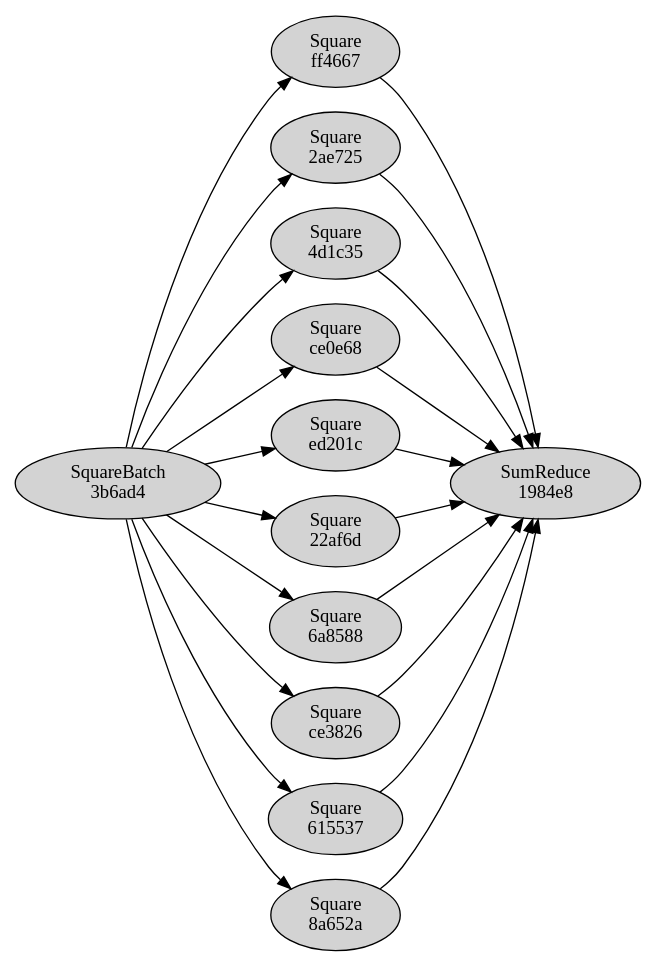
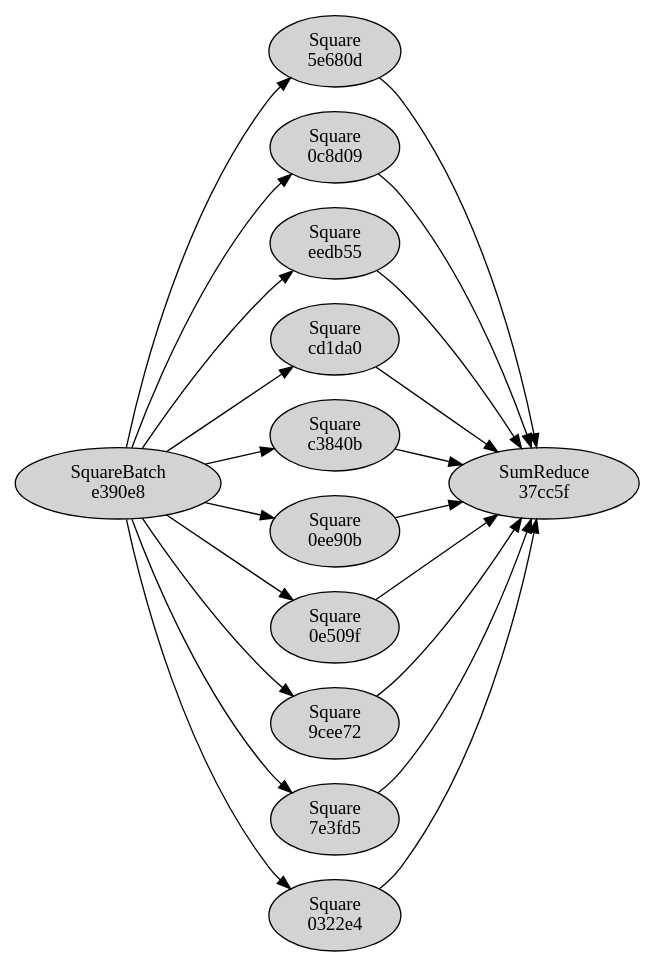
One commit to masonbsmith2019-dev/latch-bio-dynamic-workflow-engine changed the diagram in outputs/plan.dot. Above: the diagram before and after it, drawn with Graphviz. The commit also changed 7 other files, not shown here.

```diff
--- a/outputs/plan.dot
+++ b/outputs/plan.dot
@@ -1,35 +1,35 @@
 digraph G {
 rankdir=LR;
-  "3b6ad4bc-5779-49f5-8a86-31cd0b07e6f5" [label="SquareBatch\n3b6ad4", style=filled];
-  "ff466769-2cf5-44b8-80f8-9eeed3a9bdf7" [label="Square\nff4667", style=filled];
-  "2ae725cd-255b-486c-9c94-62d811c3739b" [label="Square\n2ae725", style=filled];
-  "4d1c3589-4bed-4eb4-8338-4fd5e5266fb7" [label="Square\n4d1c35", style=filled];
-  "ce0e6885-9a73-44d2-a7a7-9fd0b0b254cc" [label="Square\nce0e68", style=filled];
-  "ed201c71-1d3c-4d3f-b02d-c0cb2a604fe2" [label="Square\ned201c", style=filled];
-  "22af6d63-2226-4614-b0ad-d2fb9d4aeedf" [label="Square\n22af6d", style=filled];
-  "6a858817-65e8-4586-9bfb-494e9a19deb4" [label="Square\n6a8588", style=filled];
-  "ce382616-5bbf-46a4-9856-8d1f51e7b7c6" [label="Square\nce3826", style=filled];
-  "6155377f-78fc-46ba-b71f-9bc17c008ffe" [label="Square\n615537", style=filled];
-  "8a652a25-8a18-4942-9d93-d9345bd85894" [label="Square\n8a652a", style=filled];
-  "1984e88b-b844-4adb-b0e6-4931daa11d7a" [label="SumReduce\n1984e8", style=filled];
-  "ce0e6885-9a73-44d2-a7a7-9fd0b0b254cc" -> "1984e88b-b844-4adb-b0e6-4931daa11d7a";
-  "8a652a25-8a18-4942-9d93-d9345bd85894" -> "1984e88b-b844-4adb-b0e6-4931daa11d7a";
-  "3b6ad4bc-5779-49f5-8a86-31cd0b07e6f5" -> "2ae725cd-255b-486c-9c94-62d811c3739b";
-  "3b6ad4bc-5779-49f5-8a86-31cd0b07e6f5" -> "ce0e6885-9a73-44d2-a7a7-9fd0b0b254cc";
-  "6155377f-78fc-46ba-b71f-9bc17c008ffe" -> "1984e88b-b844-4adb-b0e6-4931daa11d7a";
-  "4d1c3589-4bed-4eb4-8338-4fd5e5266fb7" -> "1984e88b-b844-4adb-b0e6-4931daa11d7a";
-  "ed201c71-1d3c-4d3f-b02d-c0cb2a604fe2" -> "1984e88b-b844-4adb-b0e6-4931daa11d7a";
-  "3b6ad4bc-5779-49f5-8a86-31cd0b07e6f5" -> "22af6d63-2226-4614-b0ad-d2fb9d4aeedf";
-  "3b6ad4bc-5779-49f5-8a86-31cd0b07e6f5" -> "ff466769-2cf5-44b8-80f8-9eeed3a9bdf7";
-  "ff466769-2cf5-44b8-80f8-9eeed3a9bdf7" -> "1984e88b-b844-4adb-b0e6-4931daa11d7a";
-  "3b6ad4bc-5779-49f5-8a86-31cd0b07e6f5" -> "6155377f-78fc-46ba-b71f-9bc17c008ffe";
-  "3b6ad4bc-5779-49f5-8a86-31cd0b07e6f5" -> "ed201c71-1d3c-4d3f-b02d-c0cb2a604fe2";
-  "3b6ad4bc-5779-49f5-8a86-31cd0b07e6f5" -> "6a858817-65e8-4586-9bfb-494e9a19deb4";
-  "22af6d63-2226-4614-b0ad-d2fb9d4aeedf" -> "1984e88b-b844-4adb-b0e6-4931daa11d7a";
-  "ce382616-5bbf-46a4-9856-8d1f51e7b7c6" -> "1984e88b-b844-4adb-b0e6-4931daa11d7a";
-  "3b6ad4bc-5779-49f5-8a86-31cd0b07e6f5" -> "8a652a25-8a18-4942-9d93-d9345bd85894";
-  "2ae725cd-255b-486c-9c94-62d811c3739b" -> "1984e88b-b844-4adb-b0e6-4931daa11d7a";
-  "3b6ad4bc-5779-49f5-8a86-31cd0b07e6f5" -> "ce382616-5bbf-46a4-9856-8d1f51e7b7c6";
-  "3b6ad4bc-5779-49f5-8a86-31cd0b07e6f5" -> "4d1c3589-4bed-4eb4-8338-4fd5e5266fb7";
-  "6a858817-65e8-4586-9bfb-494e9a19deb4" -> "1984e88b-b844-4adb-b0e6-4931daa11d7a";
+  "e390e81b-19b7-4aae-89cf-b24434ec9011" [label="SquareBatch\ne390e8", style=filled];
+  "5e680d83-a3ee-42df-a4ca-f78ce1257286" [label="Square\n5e680d", style=filled];
+  "0c8d09d1-196e-47a0-9df4-5c52105c4c84" [label="Square\n0c8d09", style=filled];
+  "eedb55ad-0162-4043-a338-8ce764187195" [label="Square\needb55", style=filled];
+  "cd1da0e5-8b60-4a25-ba8d-af9b2608d691" [label="Square\ncd1da0", style=filled];
+  "c3840b66-e06f-4ab6-a7d0-64c074e14d76" [label="Square\nc3840b", style=filled];
+  "0ee90b2e-f839-4f55-8d88-18cab4284911" [label="Square\n0ee90b", style=filled];
+  "0e509f92-767b-4cf5-9816-a63c95fafe0a" [label="Square\n0e509f", style=filled];
+  "9cee7272-5008-4b42-bbfa-c8f41d4c411e" [label="Square\n9cee72", style=filled];
+  "7e3fd530-cf5a-474b-86a1-747094dc022d" [label="Square\n7e3fd5", style=filled];
+  "0322e471-215a-4bb2-b01e-c535831fec24" [label="Square\n0322e4", style=filled];
+  "37cc5f79-c084-41ed-beb1-5b568a55ad0e" [label="SumReduce\n37cc5f", style=filled];
+  "e390e81b-19b7-4aae-89cf-b24434ec9011" -> "0322e471-215a-4bb2-b01e-c535831fec24";
+  "c3840b66-e06f-4ab6-a7d0-64c074e14d76" -> "37cc5f79-c084-41ed-beb1-5b568a55ad0e";
+  "e390e81b-19b7-4aae-89cf-b24434ec9011" -> "0e509f92-767b-4cf5-9816-a63c95fafe0a";
+  "e390e81b-19b7-4aae-89cf-b24434ec9011" -> "5e680d83-a3ee-42df-a4ca-f78ce1257286";
+  "5e680d83-a3ee-42df-a4ca-f78ce1257286" -> "37cc5f79-c084-41ed-beb1-5b568a55ad0e";
+  "cd1da0e5-8b60-4a25-ba8d-af9b2608d691" -> "37cc5f79-c084-41ed-beb1-5b568a55ad0e";
+  "0e509f92-767b-4cf5-9816-a63c95fafe0a" -> "37cc5f79-c084-41ed-beb1-5b568a55ad0e";
+  "0ee90b2e-f839-4f55-8d88-18cab4284911" -> "37cc5f79-c084-41ed-beb1-5b568a55ad0e";
+  "e390e81b-19b7-4aae-89cf-b24434ec9011" -> "eedb55ad-0162-4043-a338-8ce764187195";
+  "e390e81b-19b7-4aae-89cf-b24434ec9011" -> "c3840b66-e06f-4ab6-a7d0-64c074e14d76";
+  "e390e81b-19b7-4aae-89cf-b24434ec9011" -> "7e3fd530-cf5a-474b-86a1-747094dc022d";
+  "e390e81b-19b7-4aae-89cf-b24434ec9011" -> "9cee7272-5008-4b42-bbfa-c8f41d4c411e";
+  "7e3fd530-cf5a-474b-86a1-747094dc022d" -> "37cc5f79-c084-41ed-beb1-5b568a55ad0e";
+  "e390e81b-19b7-4aae-89cf-b24434ec9011" -> "cd1da0e5-8b60-4a25-ba8d-af9b2608d691";
+  "eedb55ad-0162-4043-a338-8ce764187195" -> "37cc5f79-c084-41ed-beb1-5b568a55ad0e";
+  "e390e81b-19b7-4aae-89cf-b24434ec9011" -> "0ee90b2e-f839-4f55-8d88-18cab4284911";
+  "9cee7272-5008-4b42-bbfa-c8f41d4c411e" -> "37cc5f79-c084-41ed-beb1-5b568a55ad0e";
+  "e390e81b-19b7-4aae-89cf-b24434ec9011" -> "0c8d09d1-196e-47a0-9df4-5c52105c4c84";
+  "0322e471-215a-4bb2-b01e-c535831fec24" -> "37cc5f79-c084-41ed-beb1-5b568a55ad0e";
+  "0c8d09d1-196e-47a0-9df4-5c52105c4c84" -> "37cc5f79-c084-41ed-beb1-5b568a55ad0e";
 }
```
